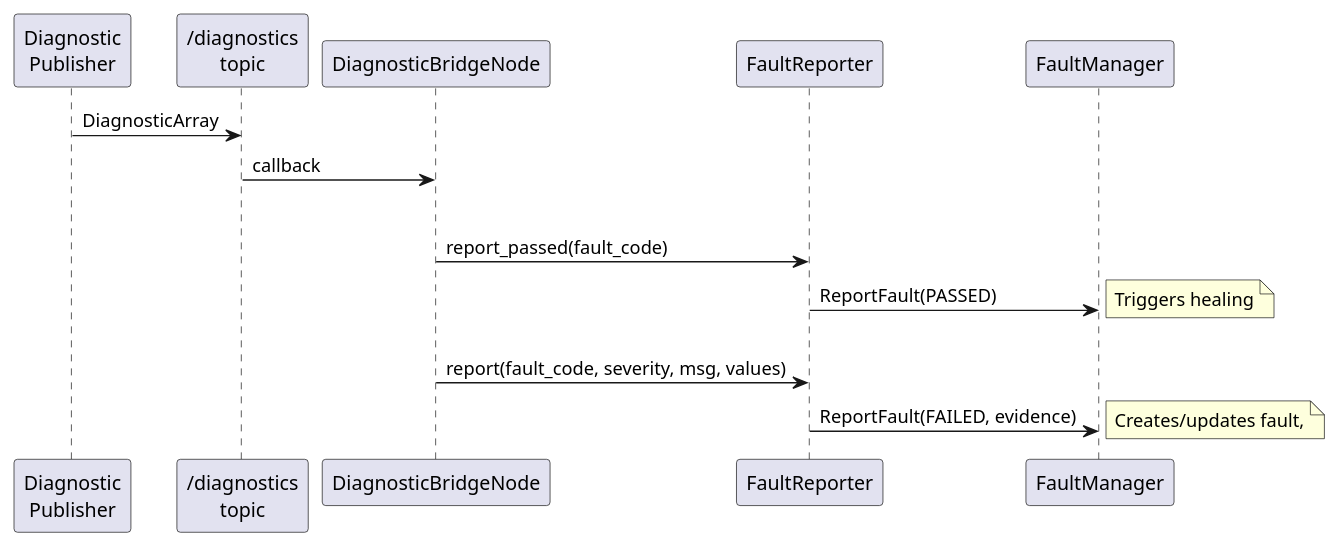
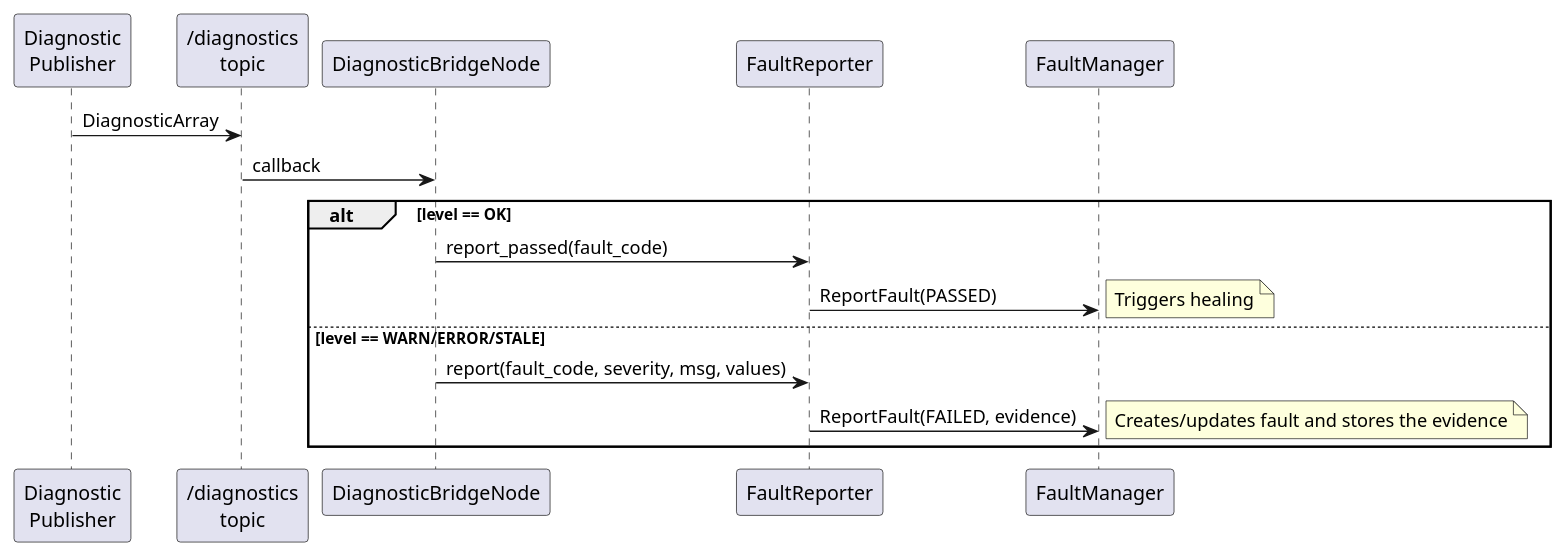
Before and after one commit to ahmedsleem109/ros2_medkit: the second of 2 diagrams in src/ros2_medkit_diagnostic_bridge/design/index.rst, drawn with PlantUML. The commit also changed other lines of this file, not shown here.

Commit message:
docs(diagnostic_bridge): fix two RST errors in the design doc
A wrapped PlantUML note line and a wrapped list item broke the docs
build. Put each on one line.

```diff
--- a/src/ros2_medkit_diagnostic_bridge/design/index.rst
+++ b/src/ros2_medkit_diagnostic_bridge/design/index.rst
@@ -90,22 +90,25 @@
 .. plantuml::
    :caption: Diagnostic Bridge Data Flow
 
    @startuml diagnostic_bridge_flow
 
    participant "Diagnostic\nPublisher" as Pub
    participant "/diagnostics\ntopic" as Topic
    participant "DiagnosticBridgeNode" as Bridge
    participant "FaultReporter" as Reporter
    participant "FaultManager" as FM
 
    Pub -> Topic : DiagnosticArray
    Topic -> Bridge : callback
 
    alt level == OK
        Bridge -> Reporter : report_passed(fault_code)
        Reporter -> FM : ReportFault(PASSED)
        note right: Triggers healing
    else level == WARN/ERROR/STALE
        Bridge -> Reporter : report(fault_code, severity, msg, values)
        Reporter -> FM : ReportFault(FAILED, evidence)
-       note right: Creates/updates fault,
+       note right: Creates/updates fault and stores the evidence
+   end
+
+   @enduml
```
